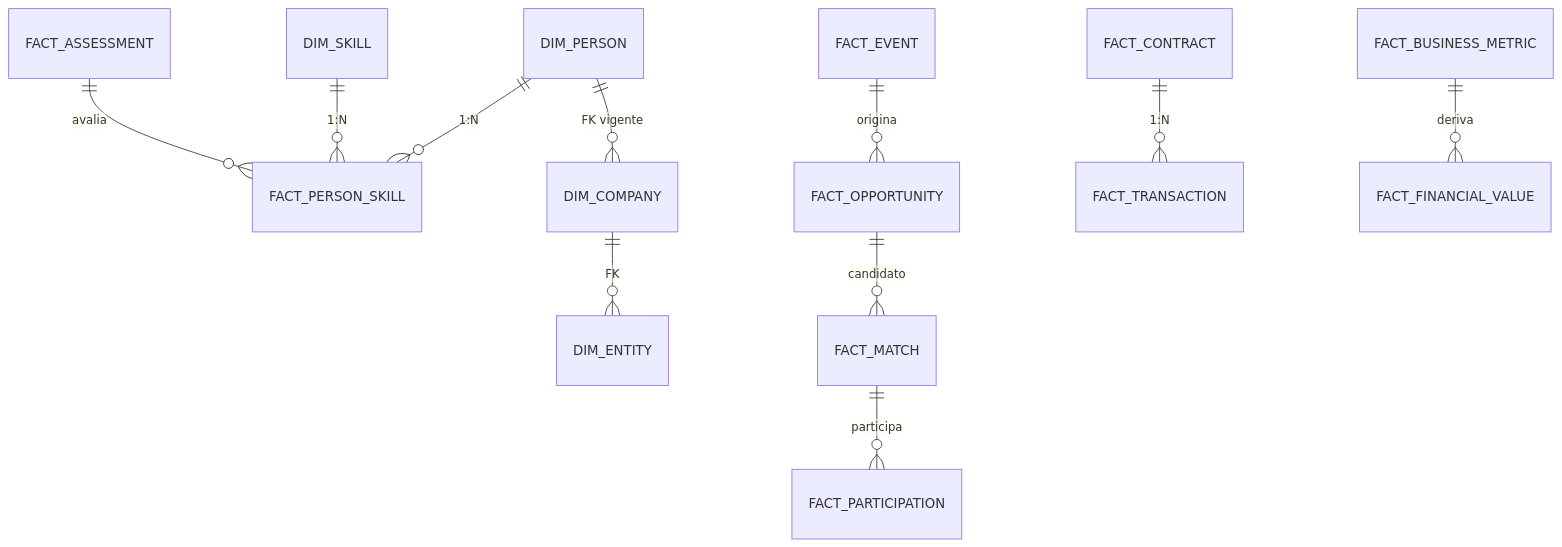
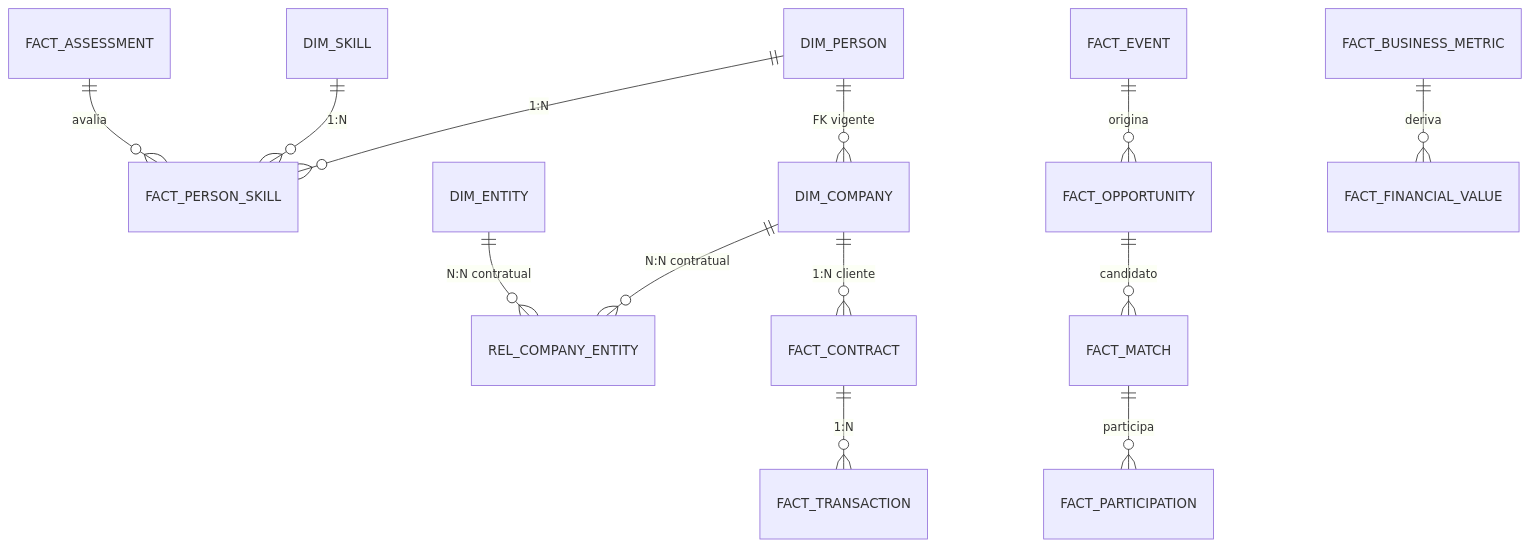
One commit to pratofeitoo/the-new-hub-proj-dev-2 changed the diagram in 01-work/dados-tech-financas/refinamento-modelo-dados/dicionario-fisico-mapping-P03-T04-v1.md. Above: the diagram before and after it, drawn with Mermaid. The commit also changed other lines of this file and 9 other files, not shown here.

````diff
--- a/01-work/dados-tech-financas/refinamento-modelo-dados/dicionario-fisico-mapping-P03-T04-v1.md
+++ b/01-work/dados-tech-financas/refinamento-modelo-dados/dicionario-fisico-mapping-P03-T04-v1.md
@@ -116,13 +127,15 @@
 ```mermaid
 erDiagram
     DIM_PERSON ||--o{ FACT_PERSON_SKILL : "1:N"
     DIM_SKILL ||--o{ FACT_PERSON_SKILL : "1:N"
     DIM_PERSON ||--o{ DIM_COMPANY : "FK vigente"
-    DIM_COMPANY ||--o{ DIM_ENTITY : "FK"
+    DIM_COMPANY ||--o{ REL_COMPANY_ENTITY : "N:N contratual"
+    DIM_ENTITY ||--o{ REL_COMPANY_ENTITY : "N:N contratual"
+    DIM_COMPANY ||--o{ FACT_CONTRACT : "1:N cliente"
     FACT_ASSESSMENT ||--o{ FACT_PERSON_SKILL : "avalia"
     FACT_EVENT ||--o{ FACT_OPPORTUNITY : "origina"
     FACT_OPPORTUNITY ||--o{ FACT_MATCH : "candidato"
     FACT_MATCH ||--o{ FACT_PARTICIPATION : "participa"
     FACT_CONTRACT ||--o{ FACT_TRANSACTION : "1:N"
     FACT_BUSINESS_METRIC ||--o{ FACT_FINANCIAL_VALUE : "deriva"
 ```
````
